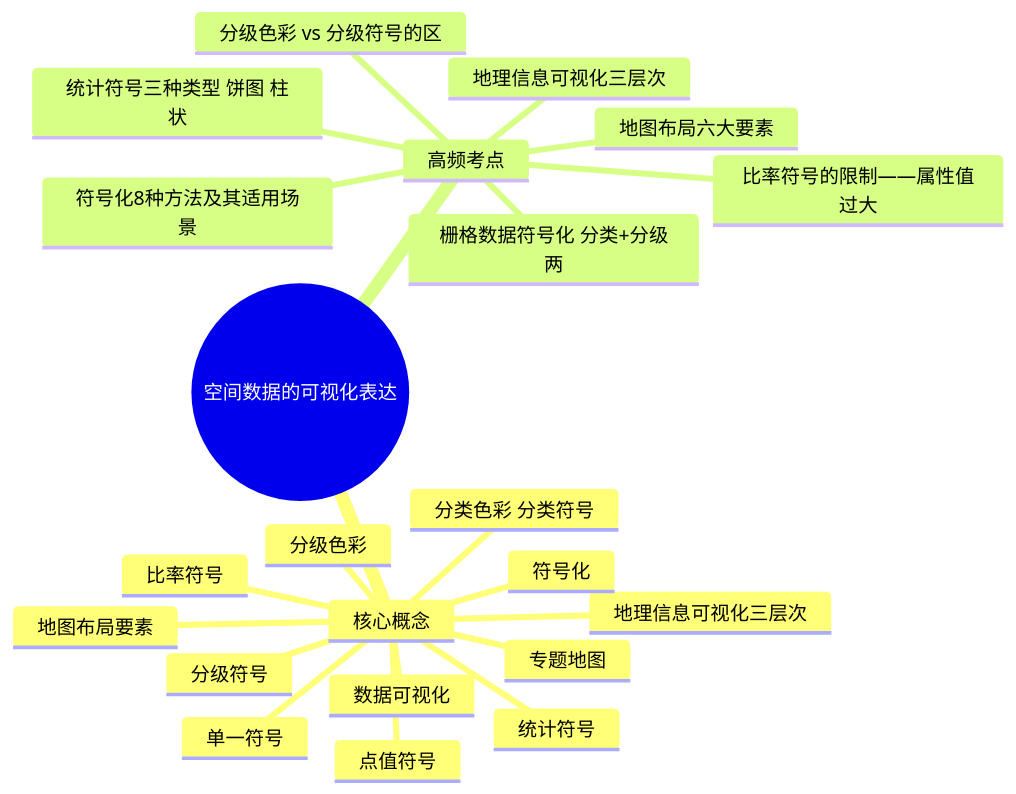
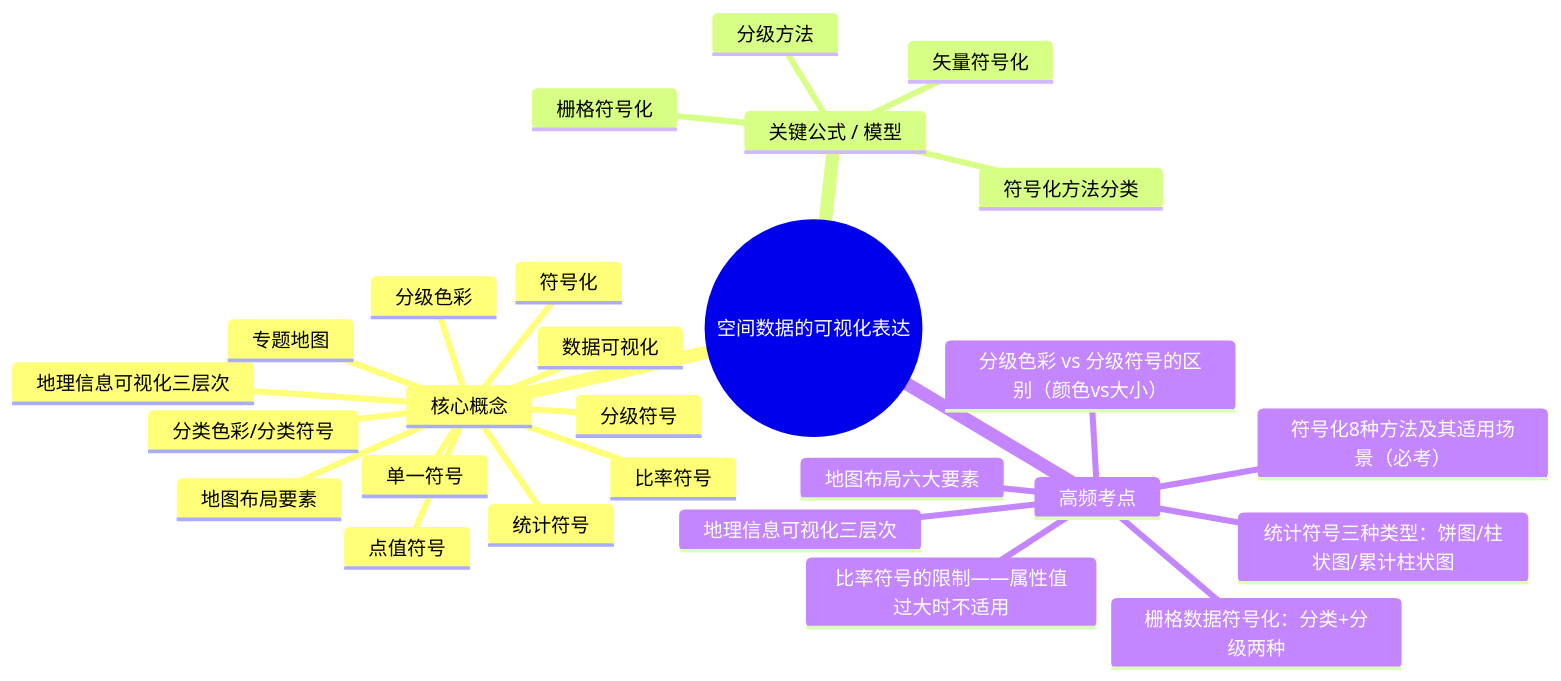
The diagram in 地理信息系统/02_解析成果/_素材/_第04章_空间数据的可视化表达.md (dao-genesis/xuexi-fuxi), drawn with Mermaid before and after one commit. The commit also changed other lines of this file and 47 other files, not shown here.

````diff
--- a/地理信息系统/02_解析成果/_素材/_第04章_空间数据的可视化表达.md
+++ b/地理信息系统/02_解析成果/_素材/_第04章_空间数据的可视化表达.md
@@ -1733,25 +1738,30 @@
 ```mermaid
 mindmap
   root((空间数据的可视化表达))
     核心概念
       数据可视化
       地理信息可视化三层次
       符号化
       单一符号
-      分类色彩 分类符号
+      分类色彩/分类符号
       分级色彩
       分级符号
       比率符号
       统计符号
       点值符号
       专题地图
       地图布局要素
+    关键公式 / 模型
+      符号化方法分类
+      矢量符号化
+      栅格符号化
+      分级方法
     高频考点
-      符号化8种方法及其适用场景
-      分级色彩 vs 分级符号的区
-      比率符号的限制——属性值过大
-      统计符号三种类型 饼图 柱状
+      符号化8种方法及其适用场景（必考）
+      分级色彩 vs 分级符号的区别（颜色vs大小）
+      比率符号的限制——属性值过大时不适用
+      统计符号三种类型：饼图/柱状图/累计柱状图
       地理信息可视化三层次
       地图布局六大要素
-      栅格数据符号化 分类+分级两
+      栅格数据符号化：分类+分级两种
 ```
````
